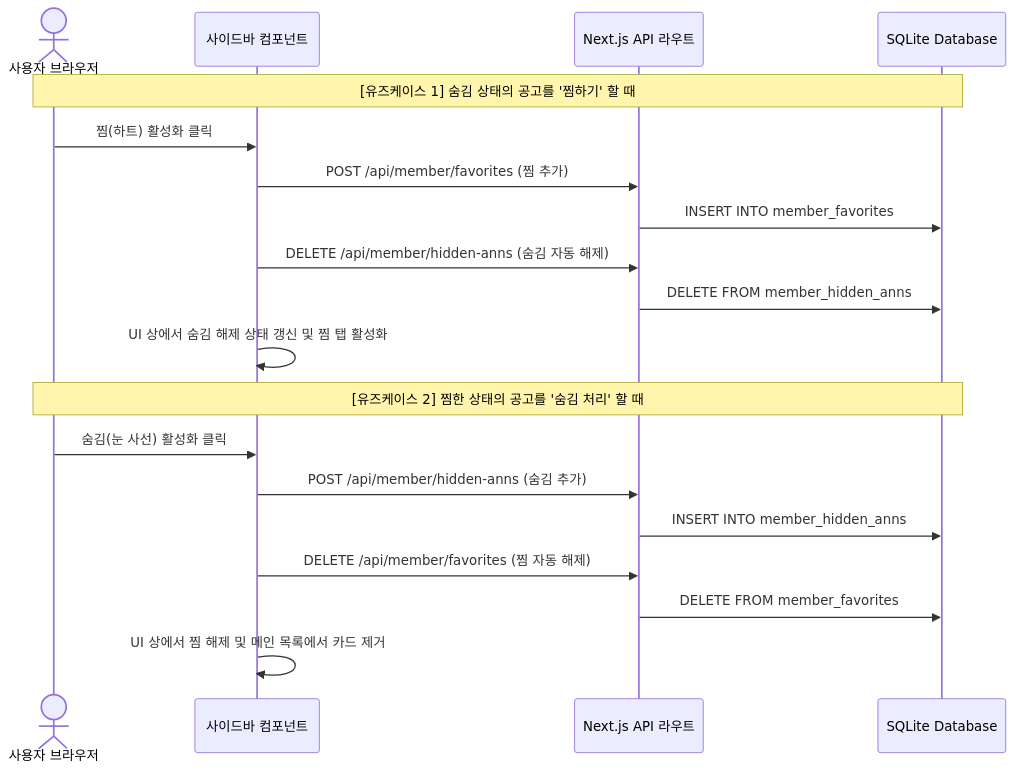
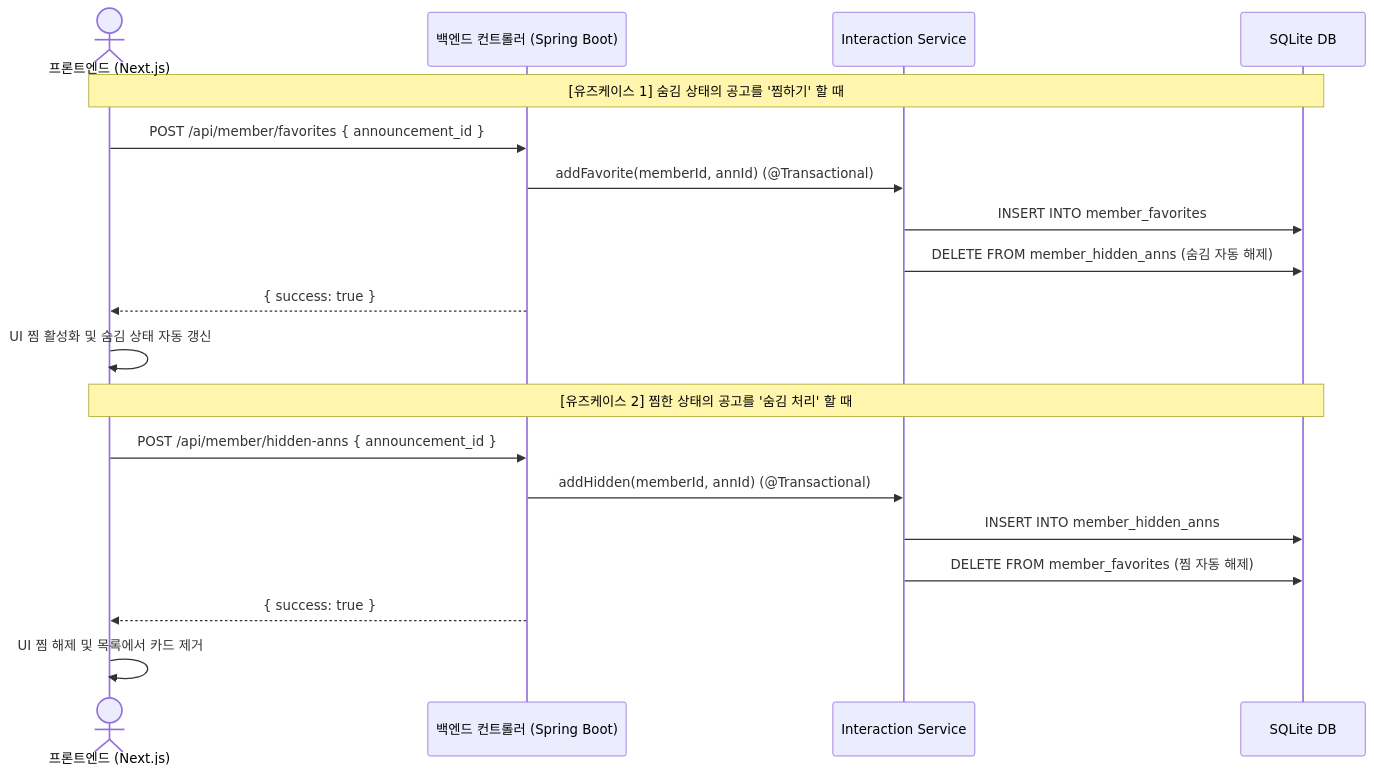
The second of 2 diagrams in docs/dev/ARCHITECTURE.md (JaeMin1130/pleasehome), drawn with Mermaid before and after one commit. The commit also changed other lines of this file and 29 other files, not shown here.

Commit message:
feat(backend): Kotlin 및 Spring Boot 3.x 백엔드 코어 구축 및 3-Tier 아키텍처 전환

````diff
--- a/docs/dev/ARCHITECTURE.md
+++ b/docs/dev/ARCHITECTURE.md
@@ -50,25 +112,25 @@
 ```mermaid
 sequenceDiagram
-    actor Client as 사용자 브라우저
-    participant SW as 사이드바 컴포넌트
-    participant API as Next.js API 라우트
-    participant DB as SQLite Database
+    actor Client as 프론트엔드 (Next.js)
+    participant API as 백엔드 컨트롤러 (Spring Boot)
+    participant Svc as Interaction Service
+    participant DB as SQLite DB
 
     %% Case 1: 찜하기
     Note over Client, DB: [유즈케이스 1] 숨김 상태의 공고를 '찜하기' 할 때
-    Client->>SW: 찜(하트) 활성화 클릭
-    SW->>API: POST /api/member/favorites (찜 추가)
-    API->>DB: INSERT INTO member_favorites
-    SW->>API: DELETE /api/member/hidden-anns (숨김 자동 해제)
-    API->>DB: DELETE FROM member_hidden_anns
-    SW->>SW: UI 상에서 숨김 해제 상태 갱신 및 찜 탭 활성화
+    Client->>API: POST /api/member/favorites { announcement_id }
+    API->>Svc: addFavorite(memberId, annId) (@Transactional)
+    Svc->>DB: INSERT INTO member_favorites
+    Svc->>DB: DELETE FROM member_hidden_anns (숨김 자동 해제)
+    API-->>Client: { success: true }
+    Client->>Client: UI 찜 활성화 및 숨김 상태 자동 갱신
 
     %% Case 2: 숨김 처리
     Note over Client, DB: [유즈케이스 2] 찜한 상태의 공고를 '숨김 처리' 할 때
-    Client->>SW: 숨김(눈 사선) 활성화 클릭
-    SW->>API: POST /api/member/hidden-anns (숨김 추가)
-    API->>DB: INSERT INTO member_hidden_anns
-    SW->>API: DELETE /api/member/favorites (찜 자동 해제)
-    API->>DB: DELETE FROM member_favorites
-    SW->>SW: UI 상에서 찜 해제 및 메인 목록에서 카드 제거
+    Client->>API: POST /api/member/hidden-anns { announcement_id }
+    API->>Svc: addHidden(memberId, annId) (@Transactional)
+    Svc->>DB: INSERT INTO member_hidden_anns
+    Svc->>DB: DELETE FROM member_favorites (찜 자동 해제)
+    API-->>Client: { success: true }
+    Client->>Client: UI 찜 해제 및 목록에서 카드 제거
 ```
````
